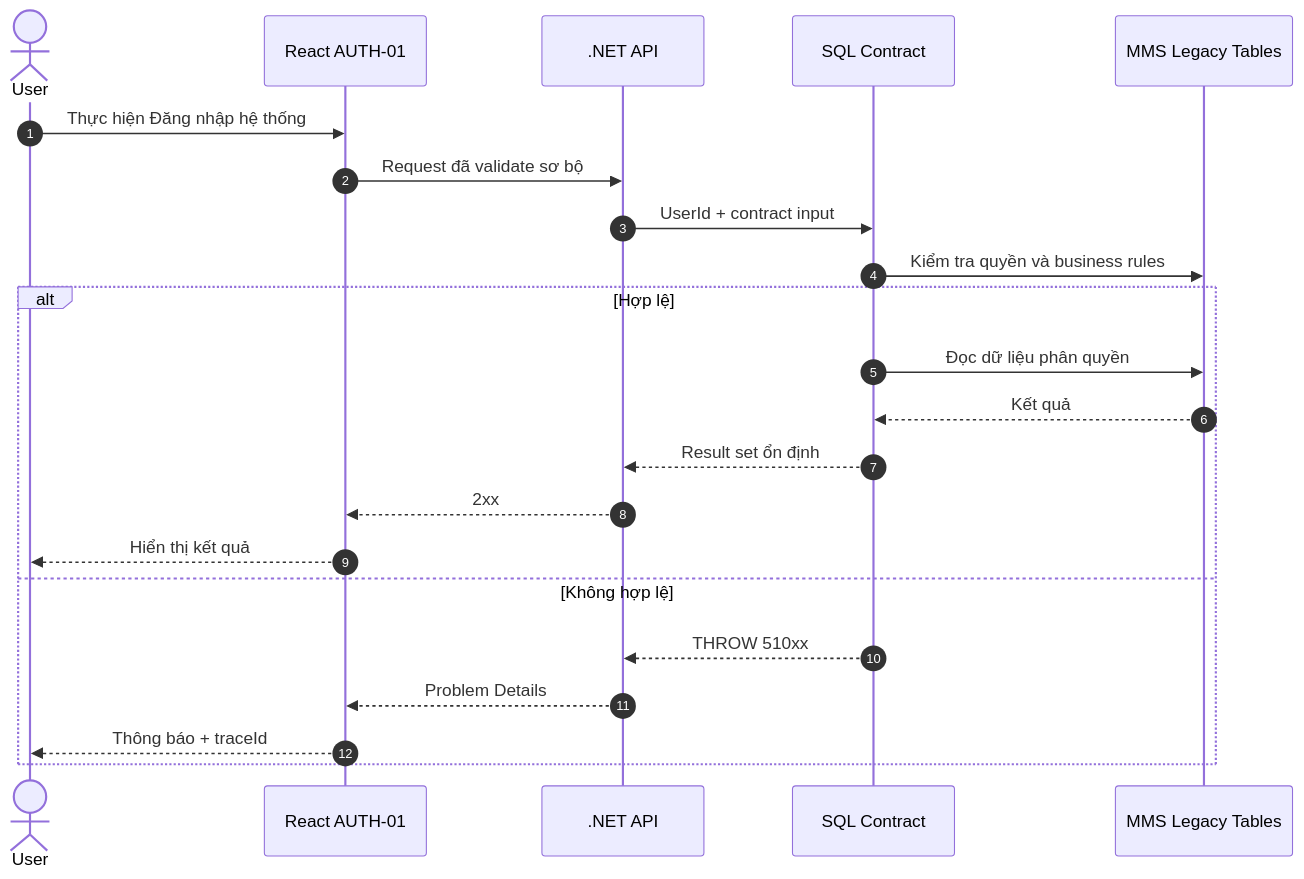
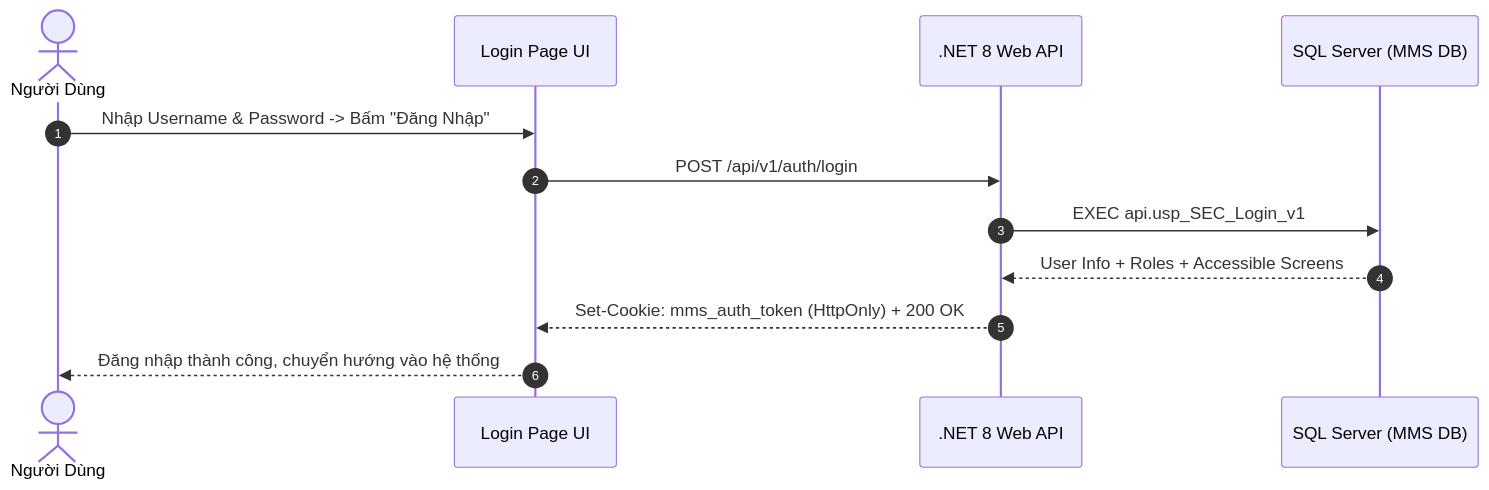
One commit to Sohoa-KNSG/mms changed the diagram in docs/03-use-cases/UC-01_AUTH-01.md. Above: the diagram before and after it, drawn with Mermaid. The commit also changed other lines of this file and 43 other files, not shown here.

````diff
--- a/docs/03-use-cases/UC-01_AUTH-01.md
+++ b/docs/03-use-cases/UC-01_AUTH-01.md
@@ -188,24 +43,15 @@
-~~~mermaid
+```mermaid
 sequenceDiagram
     autonumber
-    actor User
-    participant UI as React AUTH-01
-    participant API as .NET API
-    participant SP as SQL Contract
-    participant DB as MMS Legacy Tables
-    User->>UI: Thực hiện Đăng nhập hệ thống
-    UI->>API: Request đã validate sơ bộ
-    API->>SP: UserId + contract input
-    SP->>DB: Kiểm tra quyền và business rules
-    alt Hợp lệ
-        SP->>DB: Đọc dữ liệu phân quyền
-        DB-->>SP: Kết quả
-        SP-->>API: Result set ổn định
-        API-->>UI: 2xx
-        UI-->>User: Hiển thị kết quả
-    else Không hợp lệ
-        SP-->>API: THROW 510xx
-        API-->>UI: Problem Details
-        UI-->>User: Thông báo + traceId
-    end
-~~~
+    actor User as Người Dùng
+    participant UI as Login Page UI
+    participant API as .NET 8 Web API
+    participant DB as SQL Server (MMS DB)
+
+    User->>UI: Nhập Username & Password -> Bấm "Đăng Nhập"
+    UI->>API: POST /api/v1/auth/login
+    API->>DB: EXEC api.usp_SEC_Login_v1
+    DB-->>API: User Info + Roles + Accessible Screens
+    API-->>UI: Set-Cookie: mms_auth_token (HttpOnly) + 200 OK
+    UI-->>User: Đăng nhập thành công, chuyển hướng vào hệ thống
+```
````
